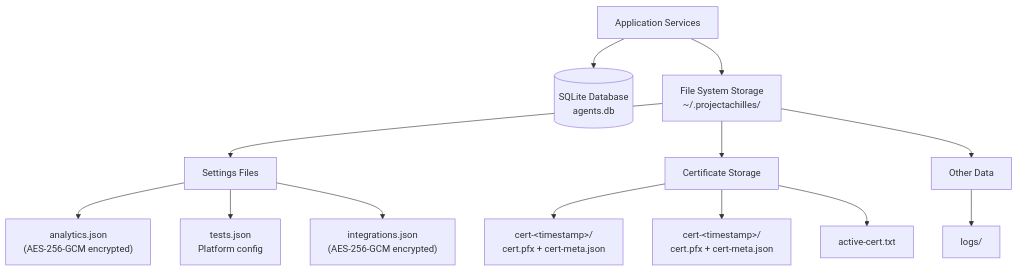
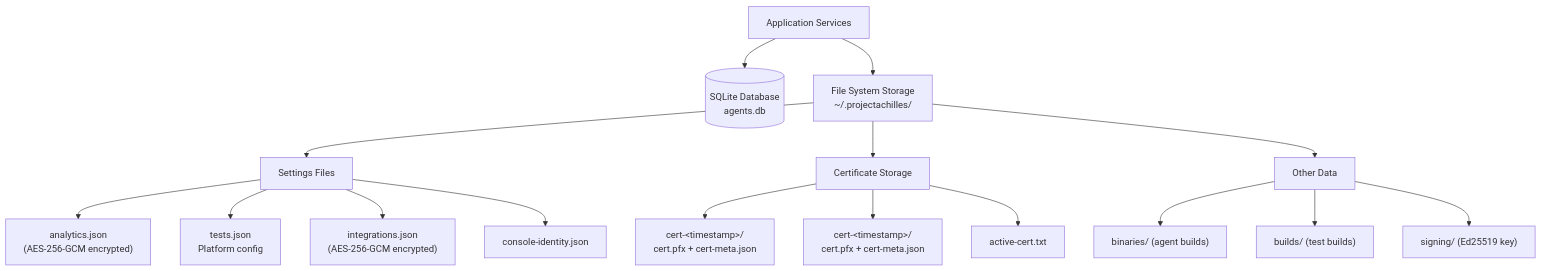
Before and after one commit to projectachilles/ProjectAchilles: the diagram in wiki/docs/developer-guide/backend/database-migrations.md, drawn with Mermaid. The commit also changed other lines of this file and 136 other files, not shown here.

````diff
--- a/wiki/docs/developer-guide/backend/database-migrations.md
+++ b/wiki/docs/developer-guide/backend/database-migrations.md
@@ -71,19 +85,22 @@
 ```mermaid
 graph TD
     APP[Application Services] --> DB[(SQLite Database<br/>agents.db)]
     APP --> FS[File System Storage<br/>~/.projectachilles/]
 
     FS --> SETTINGS[Settings Files]
     FS --> CERTS[Certificate Storage]
     FS --> MISC[Other Data]
 
     SETTINGS --> AJ["analytics.json<br/>(AES-256-GCM encrypted)"]
     SETTINGS --> TJ[tests.json<br/>Platform config]
     SETTINGS --> IJ["integrations.json<br/>(AES-256-GCM encrypted)"]
+    SETTINGS --> CI[console-identity.json]
 
     CERTS --> CD1["cert-&lt;timestamp&gt;/<br/>cert.pfx + cert-meta.json"]
     CERTS --> CD2["cert-&lt;timestamp&gt;/<br/>cert.pfx + cert-meta.json"]
     CERTS --> ACT[active-cert.txt]
 
-    MISC --> LOGS[logs/]
+    MISC --> BIN["binaries/ (agent builds)"]
+    MISC --> BLD["builds/ (test builds)"]
+    MISC --> SIG["signing/ (Ed25519 key)"]
 ```
````
